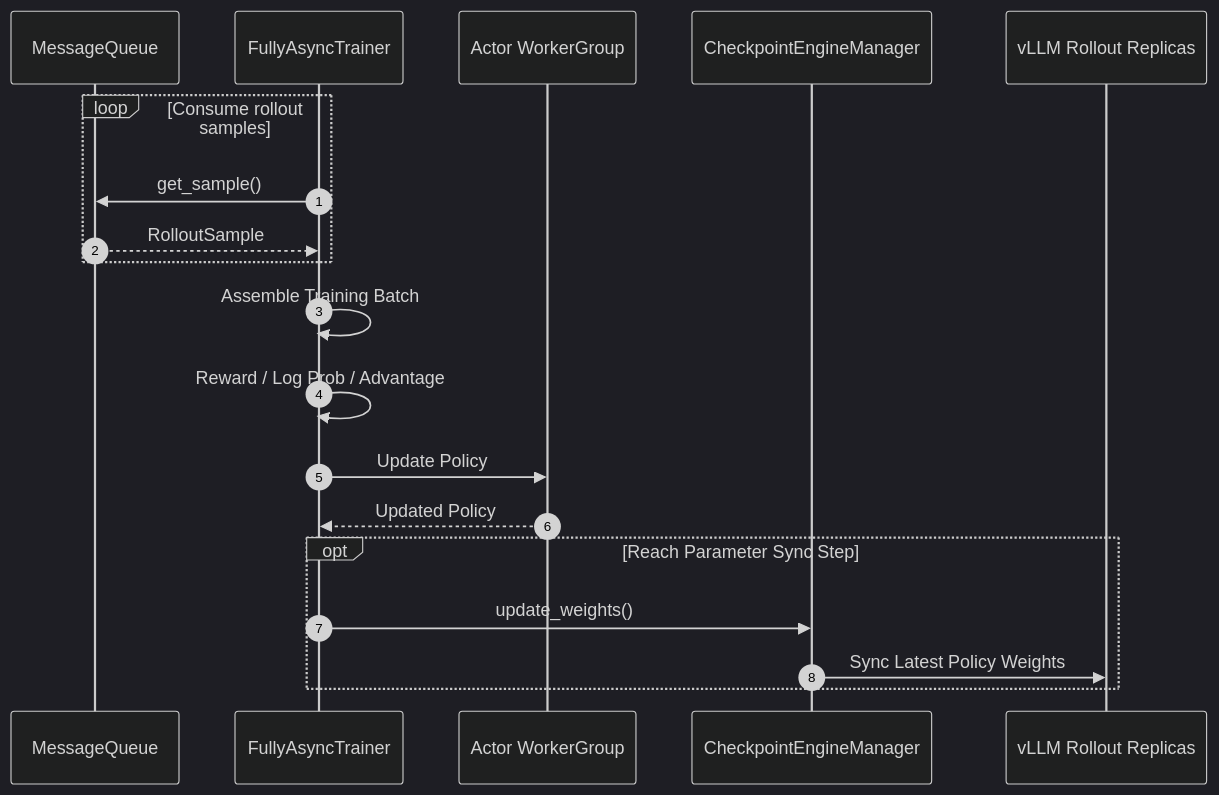
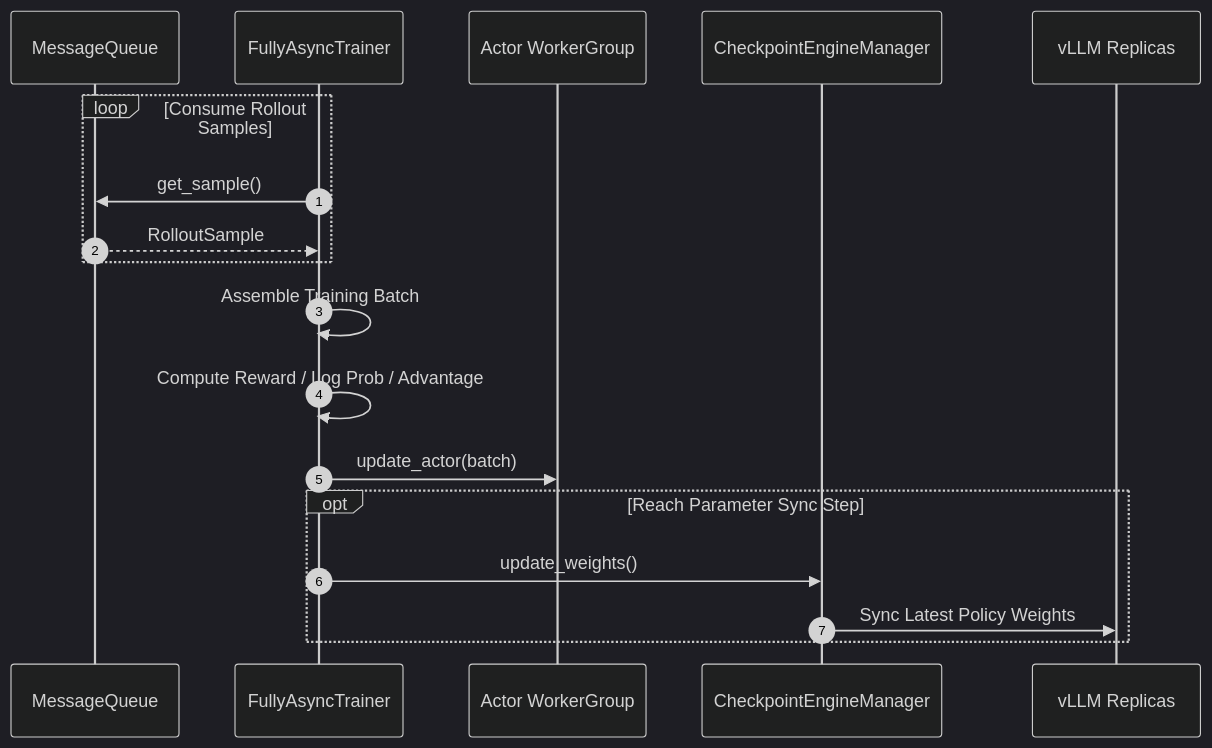
Before and after one commit to Vivicai1005/verl-rocm-tutorials: the third of 3 diagrams in verl-fully-async-policy-training-zh.md, drawn with Mermaid (dark theme). The commit also changed other lines of this file, not shown here.

````diff
--- a/verl-fully-async-policy-training-zh.md
+++ b/verl-fully-async-policy-training-zh.md
@@ -321,26 +350,25 @@
 ```mermaid
 sequenceDiagram
     autonumber
 
     participant MQ as MessageQueue
     participant T as FullyAsyncTrainer
     participant AW as Actor WorkerGroup
     participant CE as CheckpointEngineManager
-    participant V as vLLM Rollout Replicas
+    participant V as vLLM Replicas
 
-    loop Consume rollout samples
+    loop Consume Rollout Samples
         T->>MQ: get_sample()
         MQ-->>T: RolloutSample
     end
 
     T->>T: Assemble Training Batch
-    T->>T: Reward / Log Prob / Advantage
+    T->>T: Compute Reward / Log Prob / Advantage
 
-    T->>AW: Update Policy
-    AW-->>T: Updated Policy
+    T->>AW: update_actor(batch)
 
     opt Reach Parameter Sync Step
         T->>CE: update_weights()
         CE->>V: Sync Latest Policy Weights
     end
 ```
````
